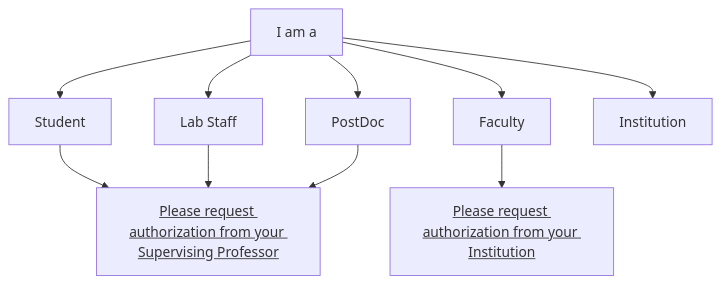
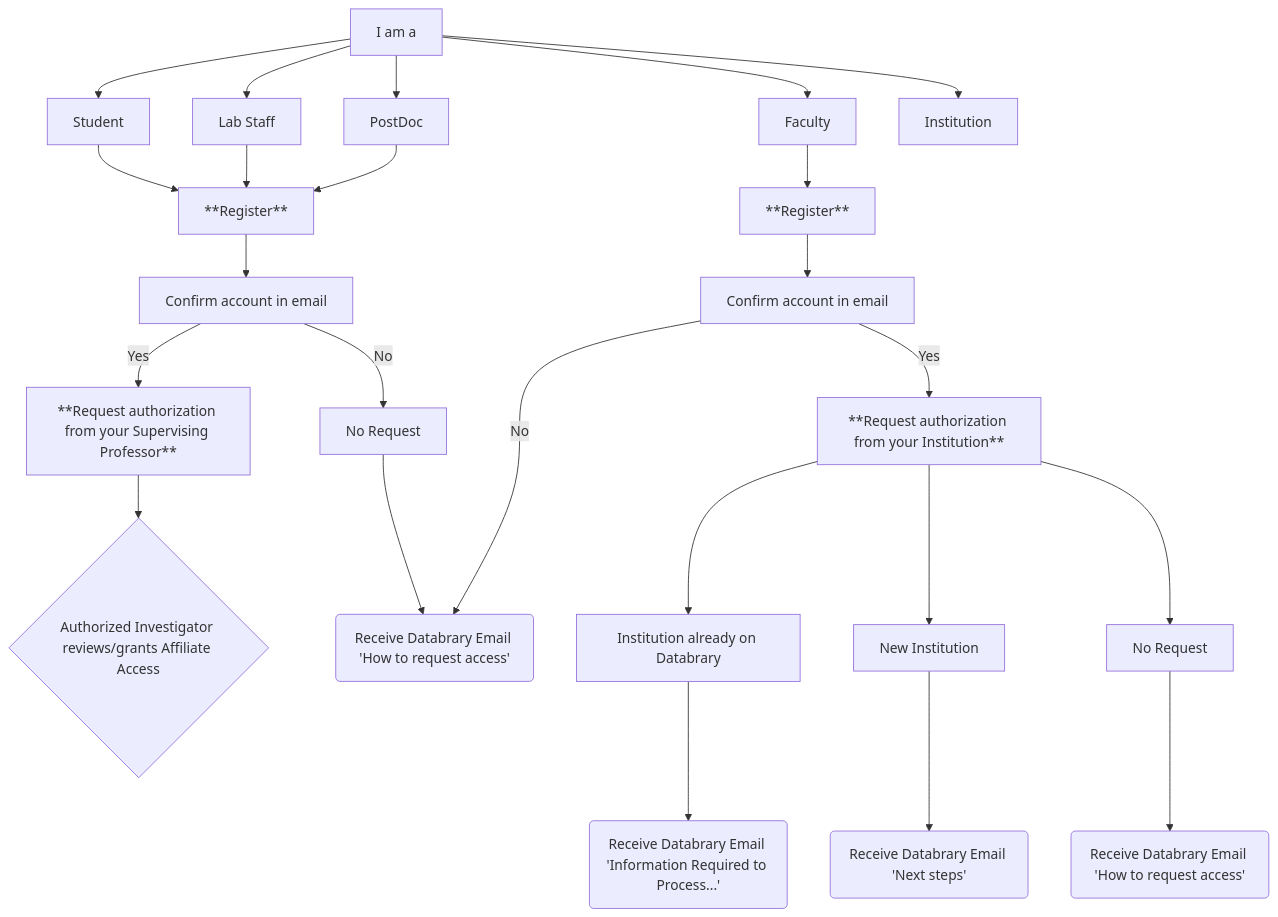
One commit to databrary/guide changed the first of 2 diagrams in src/admin/flowcharts.qmd. Above: the diagram before and after it, drawn with Mermaid. The commit also changed other lines of this file and 1 other file, not shown here.

Commit message:
update user flowchart

````diff
--- a/src/admin/flowcharts.qmd
+++ b/src/admin/flowcharts.qmd
@@ -8,11 +8,26 @@
 ```{mermaid}
-graph
-  A[I am a] --> B[Student] --> H[<u>Please request authorization from your Supervising Professor</u>]
-  A --> C[Lab Staff] --> H
-  A --> D[PostDoc] --> H
-  A --> F[Faculty] --> I[<u>Please request authorization from your Institution<u/>]
-  A --> G[Institution]
+flowchart
+  A[I am a] --> B[Student] --> J[**Register**] --> L[Confirm account in email] -- Yes --> Z[**Request authorization from your Supervising Professor**] --> T{Authorized Investigator reviews/grants Affiliate Access}
+  A --> C[Lab Staff] --> J 
+  A --> D[PostDoc] --> J 
+ L -- No --> Q[No Request] --> P(Receive Databrary Email 'How to request access')
+  
  
+  A --> F[Faculty] --> K*[**Register**] --> M[Confirm account in email] -- Yes --> H[**Request authorization from your Institution**]   
+    H --> N[Institution already on Databrary] --> R(Receive Databrary Email 'Information Required to Process...') 
+    H --> O[New Institution] --> S(Receive Databrary Email 'Next steps')
+    H --> Y[No Request] --> X(Receive Databrary Email 'How to request access') 
+    M -- No --> P
+
+A --> G[Institution]
+
+
+  click J "https://nyu.databrary.org/user/register" "Link to Databrary Registration Page"
+ 
+ click Z "https://nyu.databrary.org/user/register" "Link to Databrary Registration Page"
+  
   click H href "https://databrary.github.io/guide/for-investigators/requesting-access.html#registering-as-an-authorized-investigator-at-an-institution" _blank
-  click I href "https://databrary.github.io/guide/for-investigators/requesting-access.html#registering-as-an-affiliate-of-an-authorized-investigator" "Link to requesting-access.qmd"
+  click Z href "https://databrary.github.io/guide/for-investigators/requesting-access.html#registering-as-an-affiliate-of-an-authorized-investigator" "Link to requesting-access.qmd"
+
+
 ```
````
